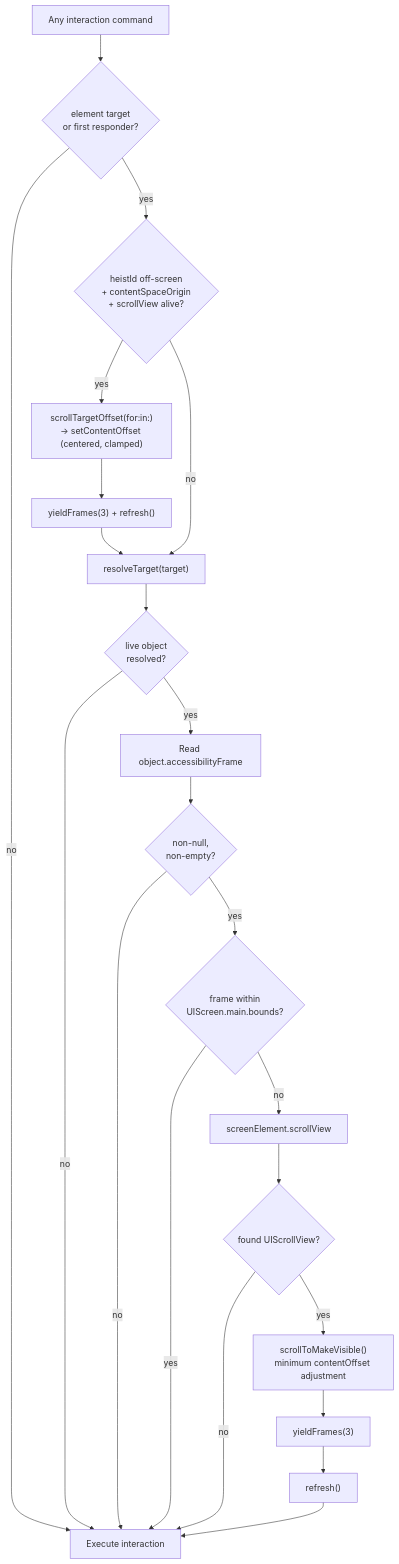
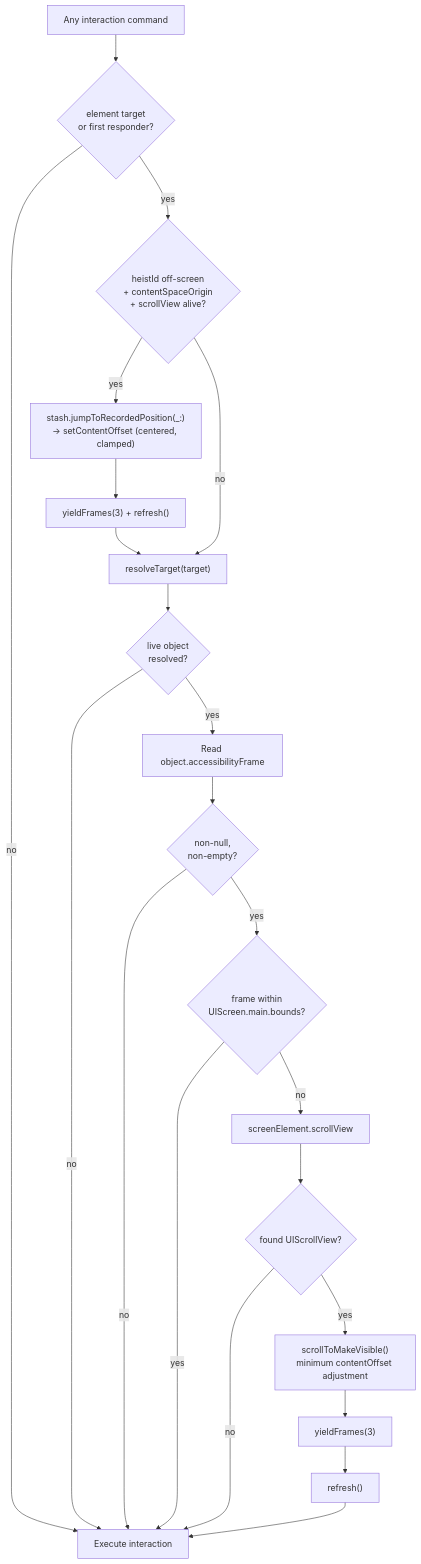
Before and after one commit to RoyalPineapple/TheButtonHeist: the first of 2 diagrams in docs/dossiers/14a-SCROLLING.md, drawn with Mermaid. The commit also changed other lines of this file and 11 other files, not shown here.

````diff
--- a/docs/dossiers/14a-SCROLLING.md
+++ b/docs/dossiers/14a-SCROLLING.md
@@ -77,28 +75,28 @@
 ```mermaid
 flowchart TD
     Cmd["Any interaction command"]
     Cmd --> HasTarget{element target<br/>or first responder?}
     HasTarget -->|no| Execute["Execute interaction"]
     HasTarget -->|yes| Coarse{"heistId off-screen<br/>+ contentSpaceOrigin<br/>+ scrollView alive?"}
 
-    Coarse -->|yes| Jump["scrollTargetOffset(for:in:)<br/>→ setContentOffset (centered, clamped)"]
+    Coarse -->|yes| Jump["stash.jumpToRecordedPosition(_:)<br/>→ setContentOffset (centered, clamped)"]
     Jump --> Settle1["yieldFrames(3) + refresh()"]
     Settle1 --> Fine
 
     Coarse -->|no| Fine["resolveTarget(target)"]
     Fine --> Resolved{live object<br/>resolved?}
     Resolved -->|no| Execute
     Resolved -->|yes| Frame["Read object.accessibilityFrame"]
     Frame --> Valid{non-null,<br/>non-empty?}
     Valid -->|no| Execute
     Valid -->|yes| OnScreen{frame within<br/>UIScreen.main.bounds?}
     OnScreen -->|yes| Execute
 
     OnScreen -->|no| Walk["screenElement.scrollView"]
     Walk --> ScrollView{found UIScrollView?}
     ScrollView -->|no| Execute
     ScrollView -->|yes| Scroll["scrollToMakeVisible()<br/>minimum contentOffset adjustment"]
     Scroll --> Settle2["yieldFrames(3)"]
     Settle2 --> Refresh["refresh()"]
     Refresh --> Execute
 ```
````
